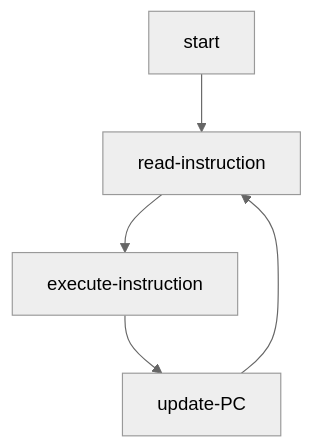
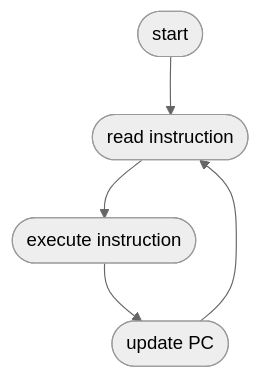
Before and after one commit to Trent-Fellbootman/dev000: the diagram in docs/abstract-computer/isa.md, drawn with Mermaid (neutral theme). The commit also changed 3 other files, not shown here.

Commit message:
Update mermaid blocks for better idioms

````diff
--- a/docs/abstract-computer/isa.md
+++ b/docs/abstract-computer/isa.md
@@ -111,8 +111,8 @@
 ```mermaid
 graph TD
 
-    start --> read-instruction
-    read-instruction --> execute-instruction
-    execute-instruction --> update-PC
-    update-PC --> read-instruction
+    A([start]) --> B([read instruction])
+    B --> C([execute instruction])
+    C --> D([update PC])
+    D --> B
 ```
````
